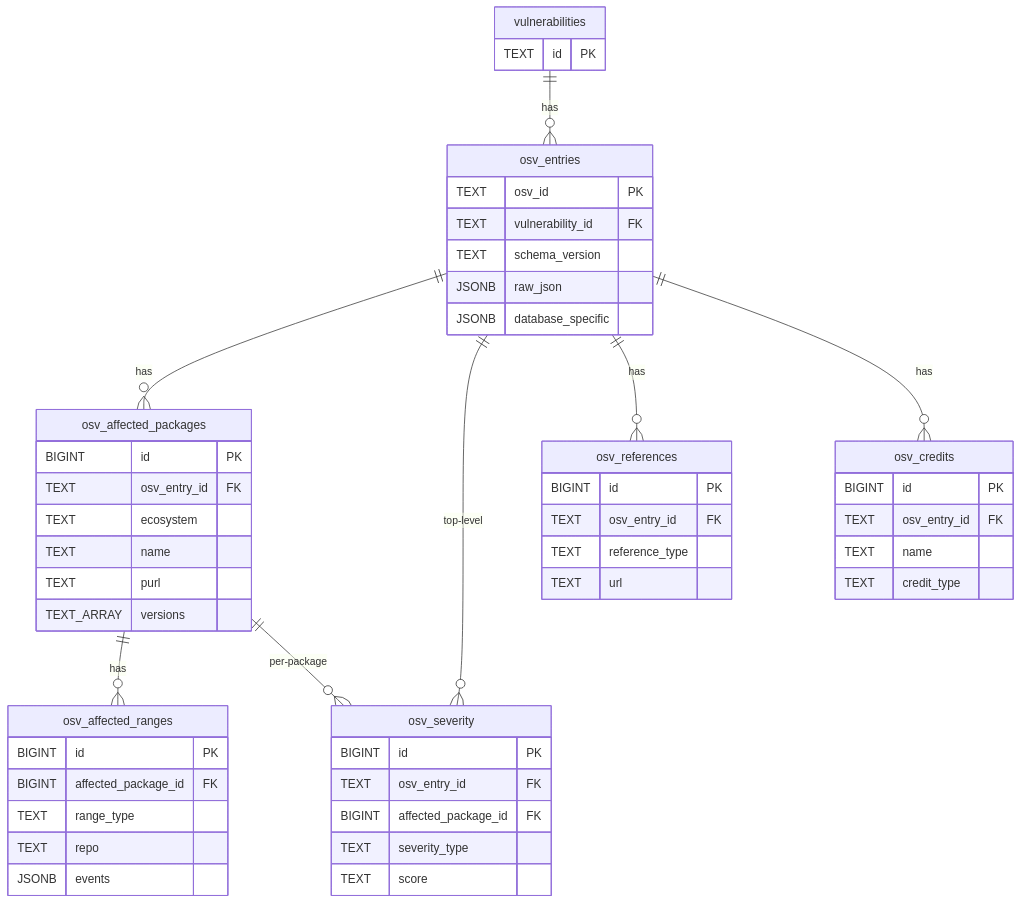
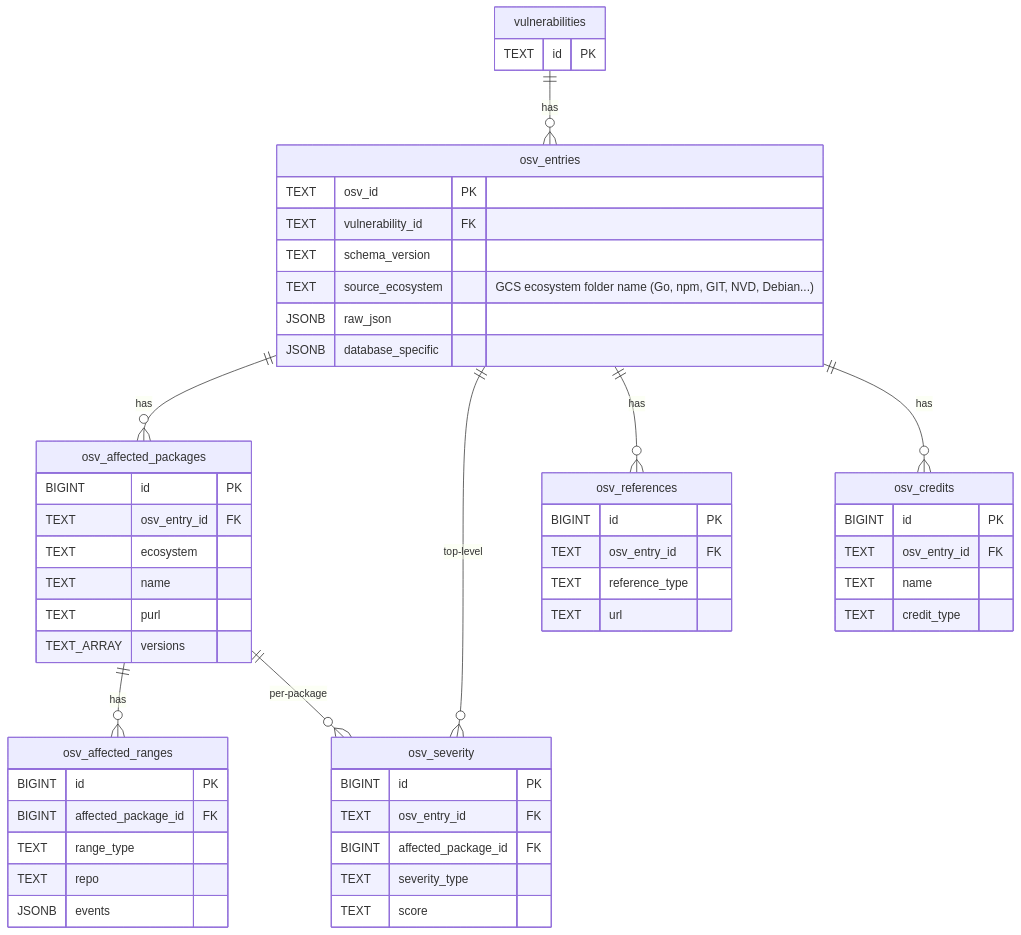
Before and after one commit to kato83/mayu: the third of 10 diagrams in .kiro/steering/erd.md, drawn with Mermaid. The commit also changed other lines of this file and 6 other files, not shown here.

First line of the commit message:
feat: add source_ecosystem column to osv_entries

````diff
--- a/.kiro/steering/erd.md
+++ b/.kiro/steering/erd.md
@@ -749,61 +750,62 @@
 ```mermaid
 erDiagram
     vulnerabilities {
         TEXT id PK
     }
 
     osv_entries {
         TEXT osv_id PK
         TEXT vulnerability_id FK
         TEXT schema_version
+        TEXT source_ecosystem "GCS ecosystem folder name (Go, npm, GIT, NVD, Debian...)"
         JSONB raw_json
         JSONB database_specific
     }
 
     osv_affected_packages {
         BIGINT id PK
         TEXT osv_entry_id FK
         TEXT ecosystem
         TEXT name
         TEXT purl
         TEXT_ARRAY versions
     }
 
     osv_affected_ranges {
         BIGINT id PK
         BIGINT affected_package_id FK
         TEXT range_type
         TEXT repo
         JSONB events
     }
 
     osv_severity {
         BIGINT id PK
         TEXT osv_entry_id FK
         BIGINT affected_package_id FK
         TEXT severity_type
         TEXT score
     }
 
     osv_references {
         BIGINT id PK
         TEXT osv_entry_id FK
         TEXT reference_type
         TEXT url
     }
 
     osv_credits {
         BIGINT id PK
         TEXT osv_entry_id FK
         TEXT name
         TEXT credit_type
     }
 
     vulnerabilities ||--o{ osv_entries : "has"
     osv_entries ||--o{ osv_affected_packages : "has"
     osv_entries ||--o{ osv_severity : "top-level"
     osv_entries ||--o{ osv_references : "has"
     osv_entries ||--o{ osv_credits : "has"
     osv_affected_packages ||--o{ osv_affected_ranges : "has"
     osv_affected_packages ||--o{ osv_severity : "per-package"
 ```
````
